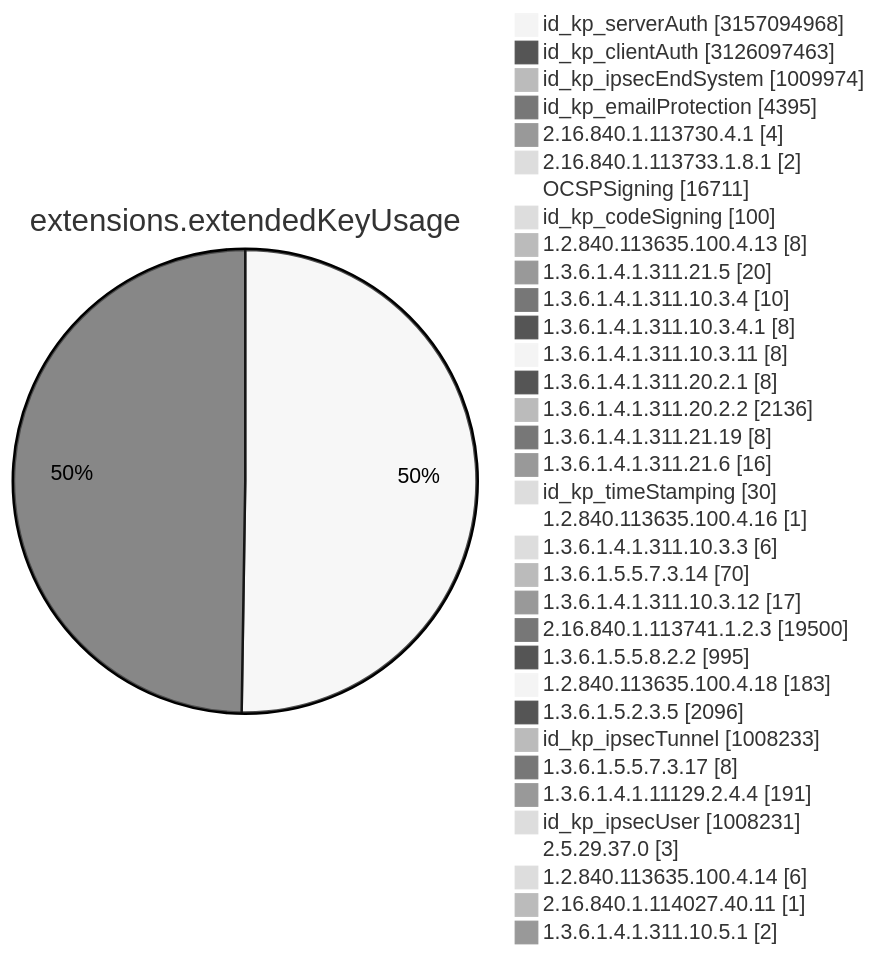
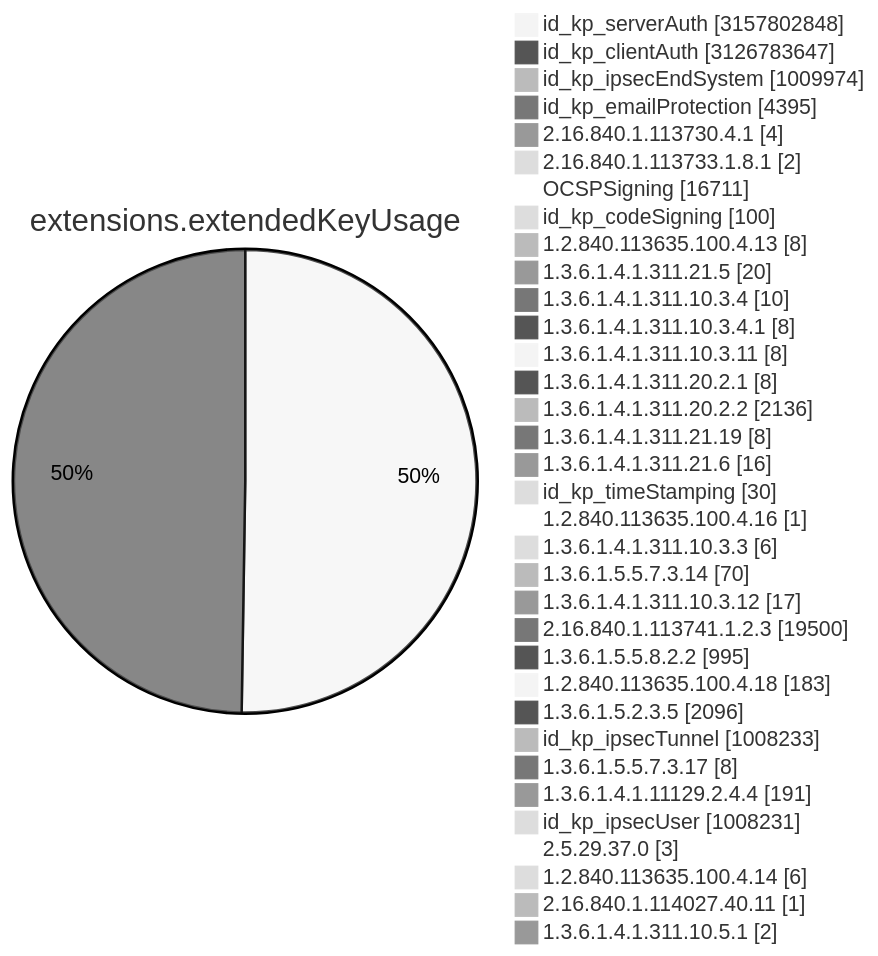
One commit to christiankrug/ctmonitor_visualization changed diagram 11 of 15 in TOTAL/README.md. Above: the diagram before and after it, drawn with Mermaid (neutral theme). The commit also changed other lines of this file, not shown here.

````diff
--- a/TOTAL/README.md
+++ b/TOTAL/README.md
@@ -4119,38 +4119,38 @@
 ```mermaid
 pie showData
 title extensions.extendedKeyUsage
-"id_kp_serverAuth" :3157094968
-"id_kp_clientAuth" :3126097463
+"id_kp_serverAuth" :3157802848
+"id_kp_clientAuth" :3126783647
 "id_kp_ipsecEndSystem" :1009974
 "id_kp_emailProtection" :4395
 "2.16.840.1.113730.4.1" :4
 "2.16.840.1.113733.1.8.1" :2
 "OCSPSigning" :16711
 "id_kp_codeSigning" :100
 "1.2.840.113635.100.4.13" :8
 "1.3.6.1.4.1.311.21.5" :20
 "1.3.6.1.4.1.311.10.3.4" :10
 "1.3.6.1.4.1.311.10.3.4.1" :8
 "1.3.6.1.4.1.311.10.3.11" :8
 "1.3.6.1.4.1.311.20.2.1" :8
 "1.3.6.1.4.1.311.20.2.2" :2136
 "1.3.6.1.4.1.311.21.19" :8
 "1.3.6.1.4.1.311.21.6" :16
 "id_kp_timeStamping" :30
 "1.2.840.113635.100.4.16" :1
 "1.3.6.1.4.1.311.10.3.3" :6
 "1.3.6.1.5.5.7.3.14" :70
 "1.3.6.1.4.1.311.10.3.12" :17
 "2.16.840.1.113741.1.2.3" :19500
 "1.3.6.1.5.5.8.2.2" :995
 "1.2.840.113635.100.4.18" :183
 "1.3.6.1.5.2.3.5" :2096
 "id_kp_ipsecTunnel" :1008233
 "1.3.6.1.5.5.7.3.17" :8
 "1.3.6.1.4.1.11129.2.4.4" :191
 "id_kp_ipsecUser" :1008231
 "2.5.29.37.0" :3
 "1.2.840.113635.100.4.14" :6
 "2.16.840.1.114027.40.11" :1
 "1.3.6.1.4.1.311.10.5.1" :2
 ```
````
